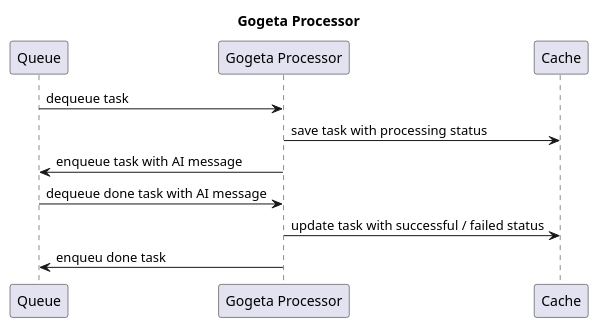
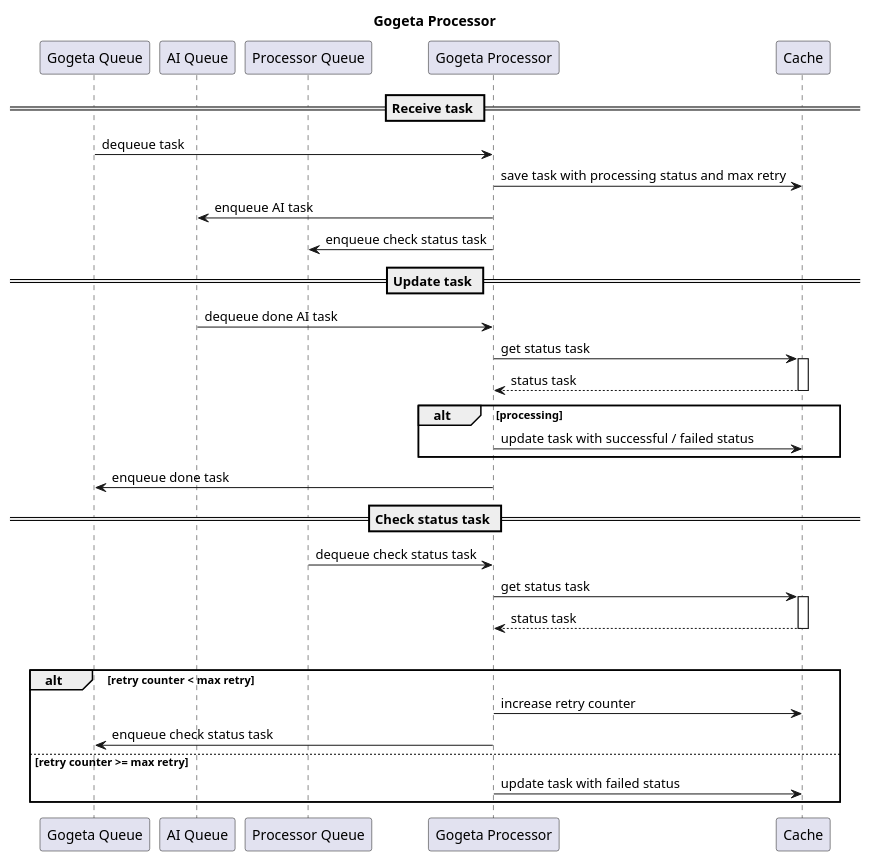
The diagram in 2.puml (1612180/gogeta), drawn with PlantUML before and after one commit.

```diff
--- a/2.puml
+++ b/2.puml
@@ -1,21 +1,61 @@
 @startuml
 
 title Gogeta Processor
 
-participant Queue as queue
+participant "Gogeta Queue" as gogeta_queue
+participant "AI Queue" as ai_queue
+participant "Processor Queue" as processor_queue
 participant "Gogeta Processor" as processor
 participant Cache as cache
 
-queue -> processor: dequeue task
+== Receive task ==
 
-processor -> cache: save task with processing status
+gogeta_queue -> processor: dequeue task
 
-processor -> queue: enqueue task with AI message
+processor -> cache: save task with processing status and max retry
 
-queue -> processor: dequeue done task with AI message
+processor -> ai_queue: enqueue AI task
+
+processor -> processor_queue: enqueue check status task
+
+== Update task == 
+
+ai_queue -> processor: dequeue done AI task
+
+processor -> cache: get status task
+activate cache
+
+return status task
+
+alt processing
 
 processor -> cache: update task with successful / failed status
 
-processor -> queue: enqueu done task
+end
+
+processor -> gogeta_queue: enqueue done task
+
+== Check status task ==
+
+processor_queue -> processor: dequeue check status task
+
+processor -> cache: get status task
+activate cache
+
+return status task
+
+alt processing
+
+alt retry counter < max retry
+
+processor -> cache: increase retry counter
+
+processor -> gogeta_queue: enqueue check status task
+
+else retry counter >= max retry
+
+processor -> cache: update task with failed status
+
+end
 
 @enduml
```
